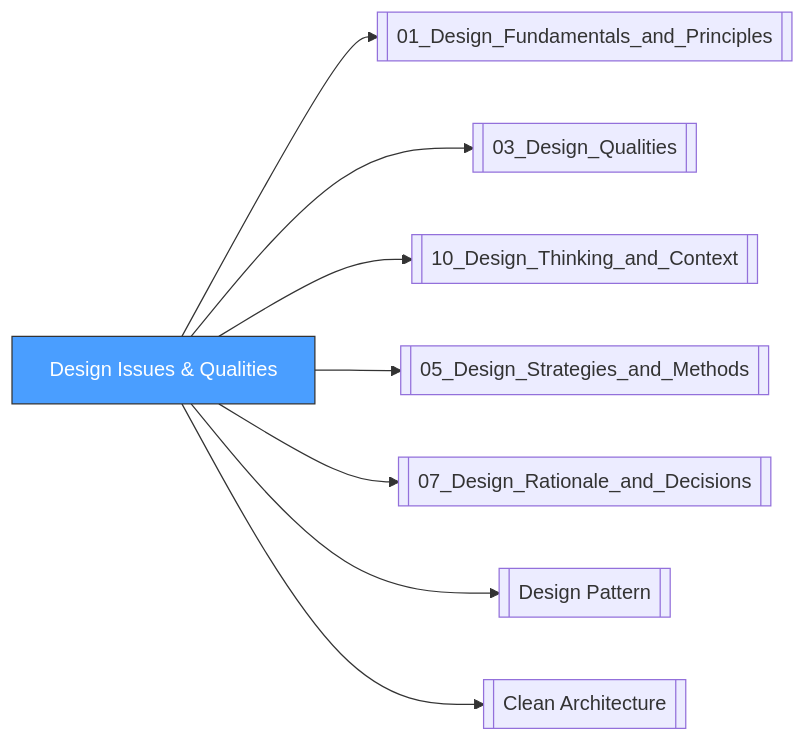
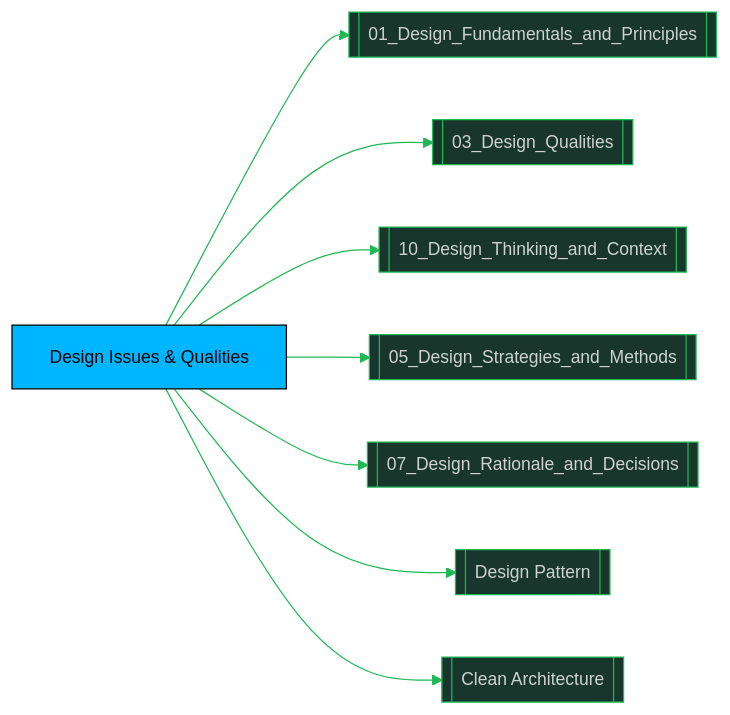
Diagram 15 of 15 in software-engineering-note/03_Software_Design/11_Design_Issues_and_Qualities.md (oat431/swe-knowledge), drawn with Mermaid before and after one commit. The commit also changed other lines of this file and 116 other files, not shown here.

````diff
--- a/software-engineering-note/03_Software_Design/11_Design_Issues_and_Qualities.md
+++ b/software-engineering-note/03_Software_Design/11_Design_Issues_and_Qualities.md
@@ -870,11 +884,12 @@
 ```mermaid
+%%{init: {'theme':'base','themeVariables':{'primaryColor':'#19362D','primaryTextColor':'#CDD3D1','primaryBorderColor':'#1FB854','lineColor':'#1FB854','secondaryColor':'#161212','tertiaryColor':'#1B1717','background':'#1B1717','mainBkg':'#19362D','nodeBorder':'#1FB854','clusterBkg':'#161212','clusterBorder':'#19362D','titleColor':'#1FB854','edgeLabelBackground':'#161212','fontSize':'14px'}}}%%
 graph LR
     A[Design Issues & Qualities] --> B[[01_Design_Fundamentals_and_Principles]]
     A --> C[[03_Design_Qualities]]
     A --> D[[10_Design_Thinking_and_Context]]
     A --> E[[05_Design_Strategies_and_Methods]]
     A --> F[[07_Design_Rationale_and_Decisions]]
     A --> G[[Design Pattern]]
     A --> H[[Clean Architecture]]
-    style A fill:#4a9eff,stroke:#333,color:#fff
+    style A fill:#00B5FF,stroke:#000000,color:#000000
 ```
````
